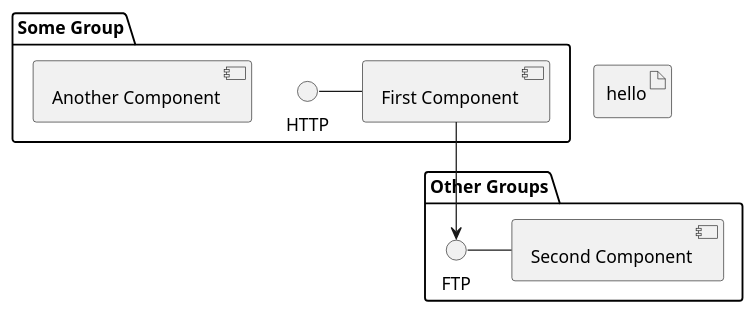
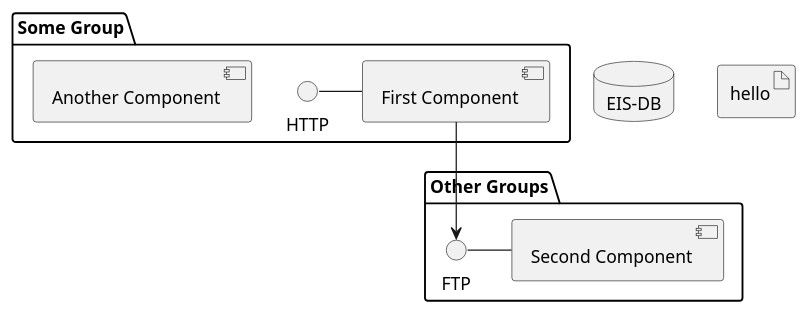
One commit to evgueni-spb/bootcamp changed the diagram in deployment-diagram.puml. Above: the diagram before and after it, drawn with PlantUML.

Commit message:
added database

```diff
--- a/deployment-diagram.puml
+++ b/deployment-diagram.puml
@@ -1,16 +1,20 @@
 @startuml
 
 package "Some Group" {
 HTTP - [First Component]
 [Another Component]
+}
+
+database EIS-DB {
+
 }
 
 artifact hello
 
 package "Other Groups" {
 FTP - [Second Component]
 
 [First Component] --> FTP
 }
 
 @enduml
```
